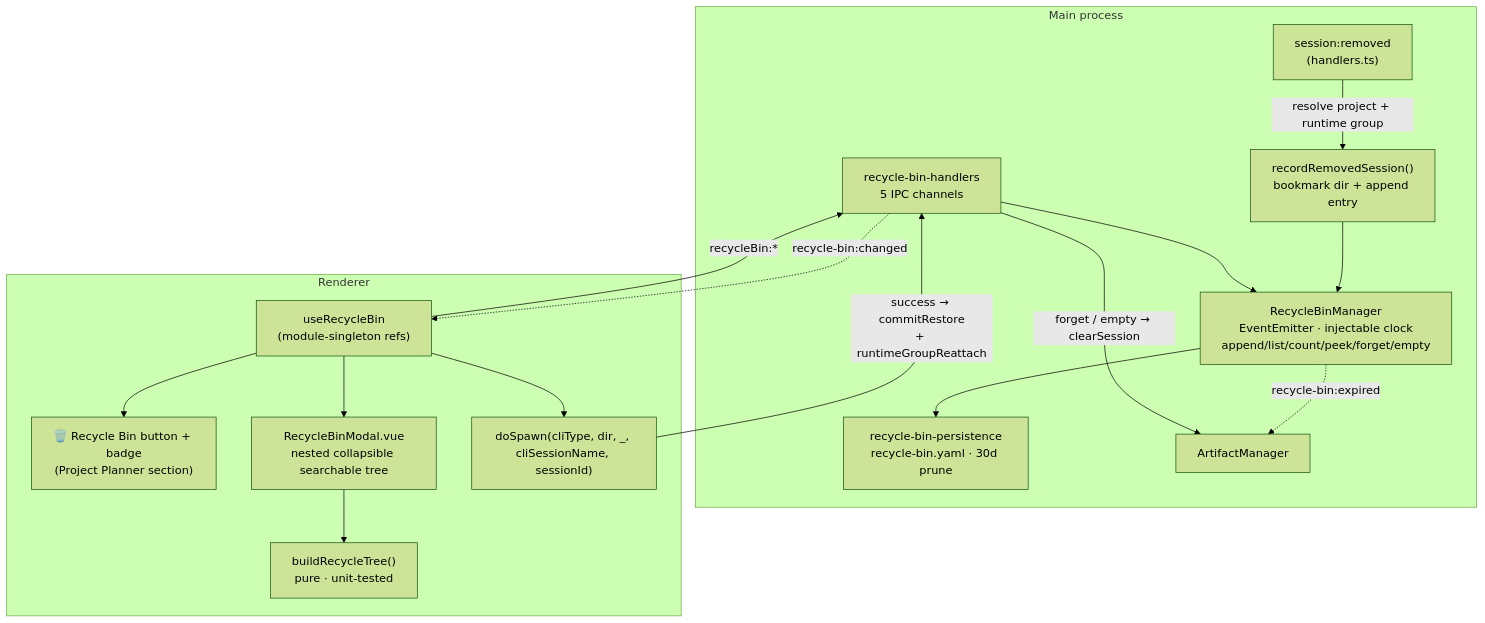
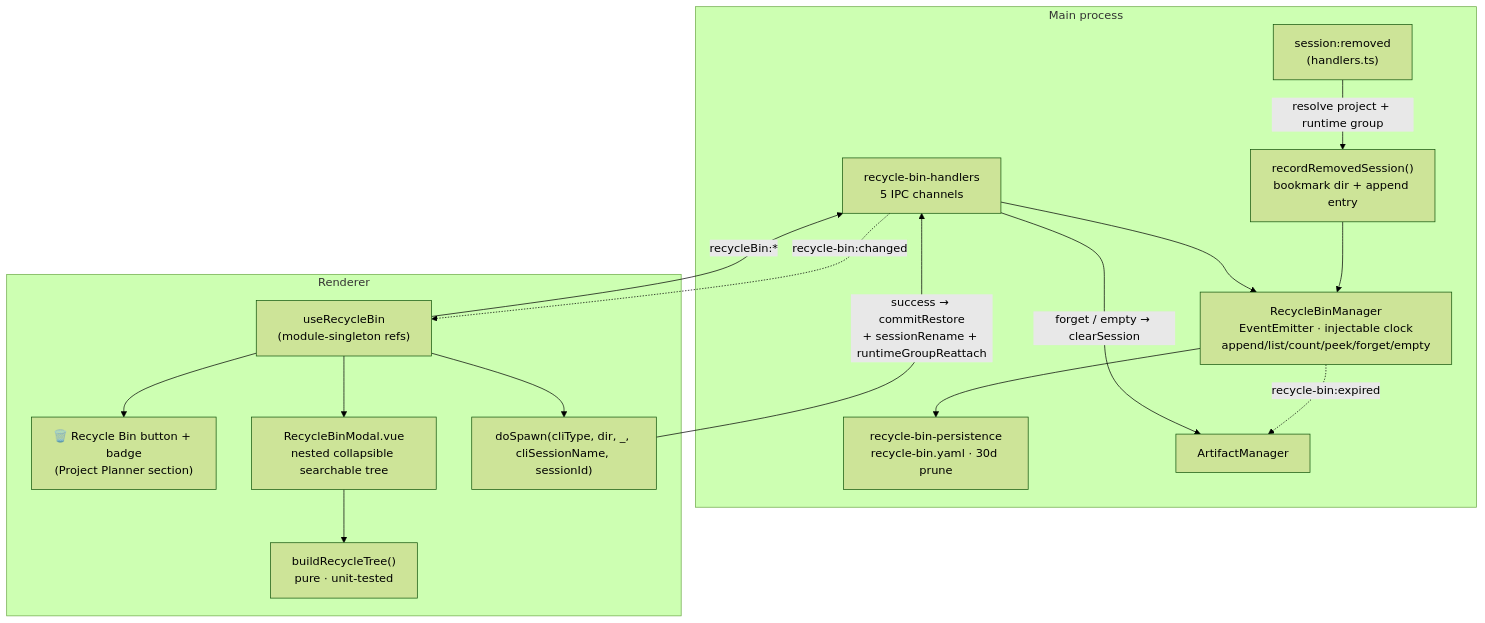
The diagram in docs/recycle-bin.md (PetePeter/gamepad-cli-hub), drawn with Mermaid (forest theme) before and after one commit. The commit also changed other lines of this file and 2 other files, not shown here.

First line of the commit message:
fix(recycle-bin): restore a session under the name it was closed with

````diff
--- a/docs/recycle-bin.md
+++ b/docs/recycle-bin.md
@@ -25,28 +25,28 @@
 ```mermaid
 graph TB
     subgraph Main["Main process"]
         SR["session:removed<br/>(handlers.ts)"]
         RRS["recordRemovedSession()<br/>bookmark dir + append entry"]
         RBM["RecycleBinManager<br/>EventEmitter · injectable clock<br/>append/list/count/peek/forget/empty"]
         RBP["recycle-bin-persistence<br/>recycle-bin.yaml · 30d prune"]
         RBH["recycle-bin-handlers<br/>5 IPC channels"]
         AM["ArtifactManager"]
         SR -->|"resolve project + runtime group"| RRS --> RBM --> RBP
         RBH --> RBM
         RBM -. "recycle-bin:expired" .-> AM
         RBH -->|"forget / empty → clearSession"| AM
     end
     subgraph Renderer
         URB["useRecycleBin<br/>(module-singleton refs)"]
         BADGE["🗑️ Recycle Bin button + badge<br/>(Project Planner section)"]
         MODAL["RecycleBinModal.vue<br/>nested collapsible searchable tree"]
         TREE["buildRecycleTree()<br/>pure · unit-tested"]
         SPAWN["doSpawn(cliType, dir, _, cliSessionName, sessionId)"]
         URB --> BADGE & MODAL
         MODAL --> TREE
         URB --> SPAWN
     end
     RBH -. "recycle-bin:changed" .-> URB
     URB -->|"recycleBin:*"| RBH
-    SPAWN -->|"success → commitRestore<br/>+ runtimeGroupReattach"| RBH
+    SPAWN -->|"success → commitRestore<br/>+ sessionRename + runtimeGroupReattach"| RBH
 ```
````
